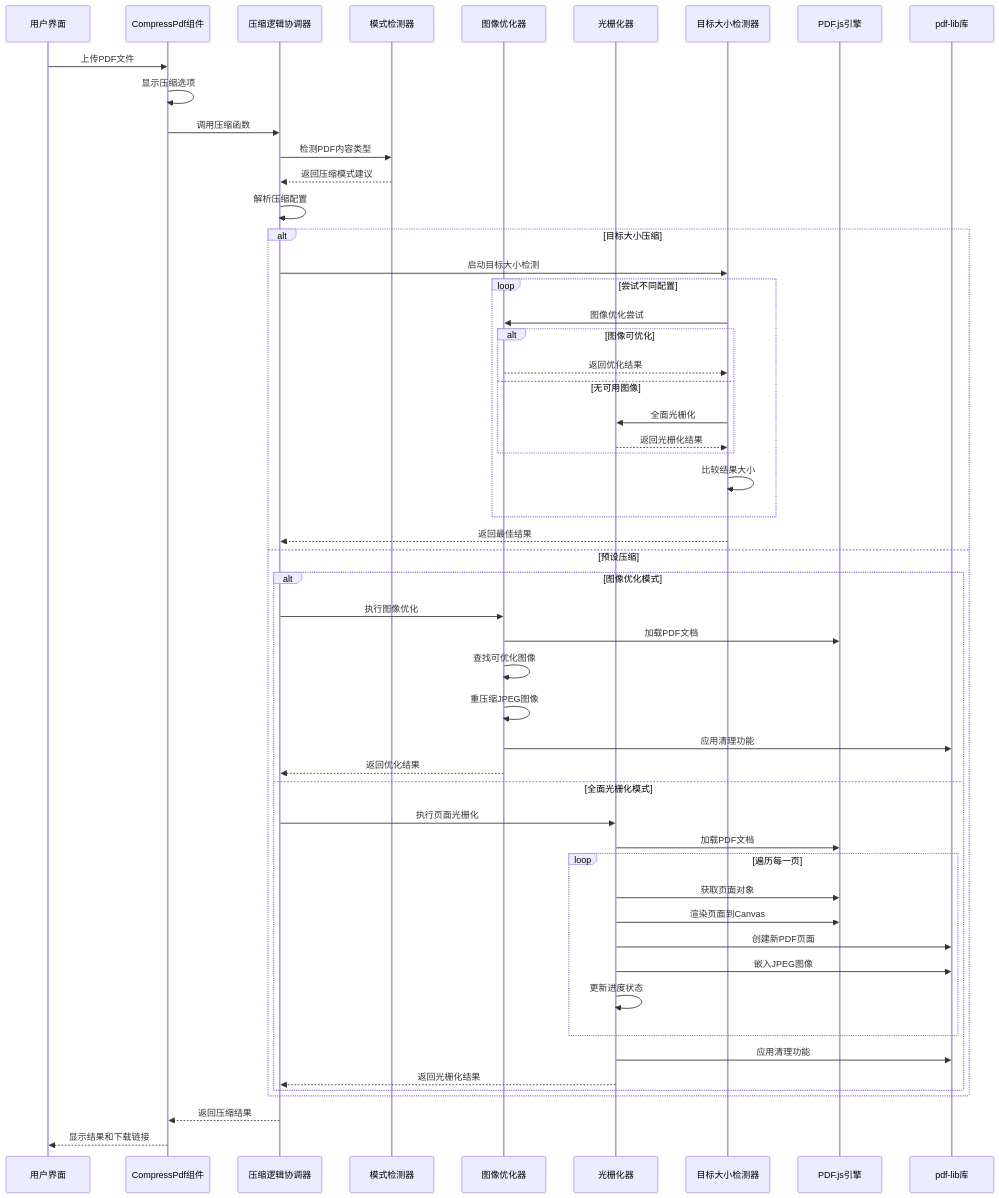
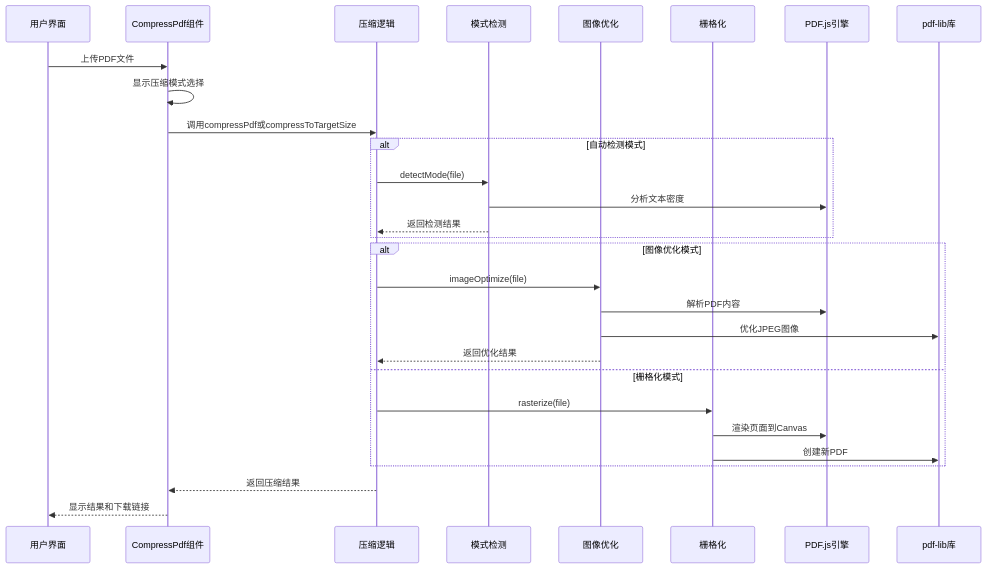
One commit to sgyy/privadeck changed the second of 9 diagrams in .qoder/repowiki/zh/content/PDF工具/PDF压缩工具.md. Above: the diagram before and after it, drawn with Mermaid. The commit also changed other lines of this file and 48 other files, not shown here.

````diff
--- a/.qoder/repowiki/zh/content/PDF工具/PDF压缩工具.md
+++ b/.qoder/repowiki/zh/content/PDF工具/PDF压缩工具.md
@@ -149,55 +150,31 @@
 ```mermaid
 sequenceDiagram
 participant U as 用户界面
 participant C as CompressPdf组件
-participant L as 压缩逻辑协调器
-participant D as 模式检测器
-participant IO as 图像优化器
-participant R as 光栅化器
-participant TS as 目标大小检测器
+participant L as 压缩逻辑
+participant D as 模式检测
+participant I as 图像优化
+participant R as 栅格化
 participant P as PDF.js引擎
 participant PL as pdf-lib库
 U->>C : 上传PDF文件
-C->>C : 显示压缩选项
-C->>L : 调用压缩函数
-L->>D : 检测PDF内容类型
-D-->>L : 返回压缩模式建议
-L->>L : 解析压缩配置
-alt 目标大小压缩
-L->>TS : 启动目标大小检测
-loop 尝试不同配置
-TS->>IO : 图像优化尝试
-alt 图像可优化
-IO-->>TS : 返回优化结果
-else 无可用图像
-TS->>R : 全面光栅化
-R-->>TS : 返回光栅化结果
+C->>C : 显示压缩模式选择
+C->>L : 调用compressPdf或compressToTargetSize
+alt 自动检测模式
+L->>D : detectMode(file)
+D->>P : 分析文本密度
+D-->>L : 返回检测结果
 end
-TS->>TS : 比较结果大小
-end
-TS-->>L : 返回最佳结果
-else 预设压缩
 alt 图像优化模式
-L->>IO : 执行图像优化
-IO->>P : 加载PDF文档
-IO->>IO : 查找可优化图像
-IO->>IO : 重压缩JPEG图像
-IO->>PL : 应用清理功能
-IO-->>L : 返回优化结果
-else 全面光栅化模式
-L->>R : 执行页面光栅化
-R->>P : 加载PDF文档
-loop 遍历每一页
-R->>P : 获取页面对象
+L->>I : imageOptimize(file)
+I->>P : 解析PDF内容
+I->>PL : 优化JPEG图像
+I-->>L : 返回优化结果
+else 栅格化模式
+L->>R : rasterize(file)
 R->>P : 渲染页面到Canvas
-R->>PL : 创建新PDF页面
-R->>PL : 嵌入JPEG图像
-R->>R : 更新进度状态
-end
-R->>PL : 应用清理功能
-R-->>L : 返回光栅化结果
-end
+R->>PL : 创建新PDF
 end
 L-->>C : 返回压缩结果
 C-->>U : 显示结果和下载链接
 ```
````
